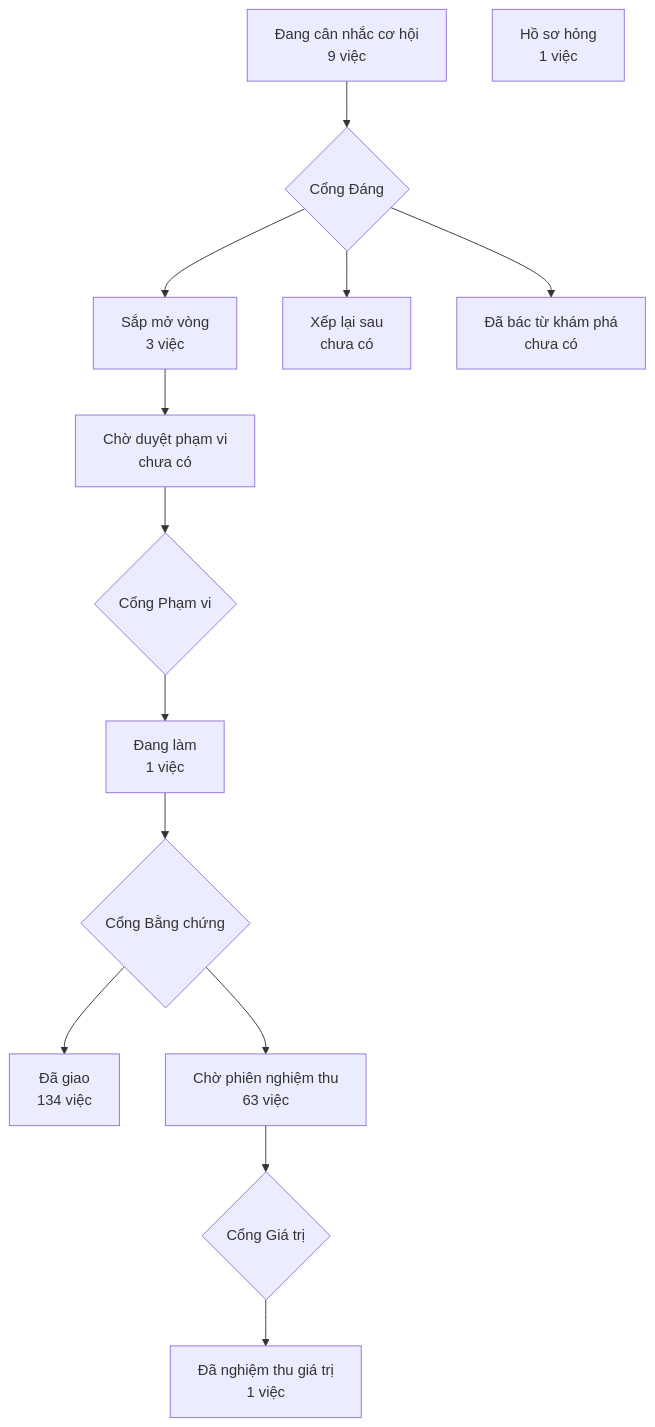
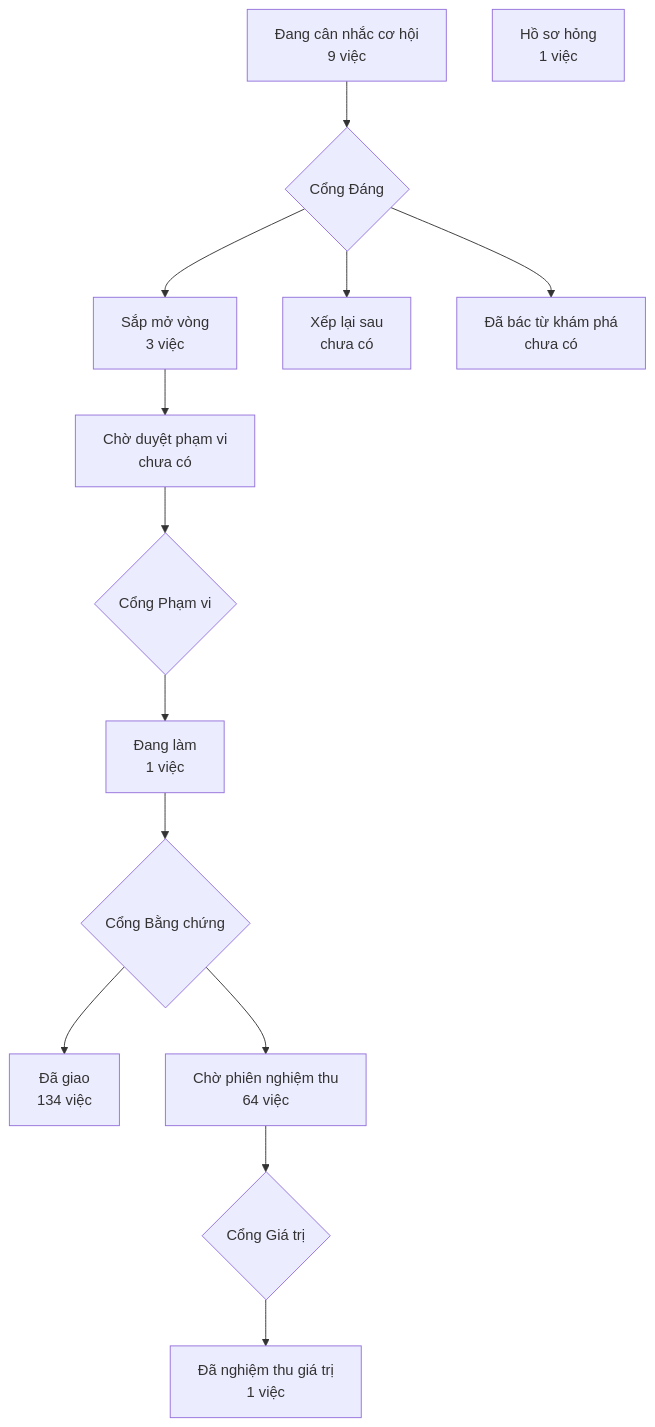
The diagram in PRODUCT-MAP.md (phanlemanh/crm-onehub), drawn with Mermaid before and after one commit. The commit also changed 1 other file, not shown here.

Commit message:
chore: vẽ lại bản đồ sản phẩm từ bản sạch sau gộp onehub 8439acad

````diff
--- a/PRODUCT-MAP.md
+++ b/PRODUCT-MAP.md
@@ -7,13 +7,13 @@
 ```mermaid
 flowchart TD
   A["Đang cân nhắc cơ hội<br/>9 việc"] --> GD{"Cổng Đáng"}
   GD --> B["Sắp mở vòng<br/>3 việc"]
   GD --> XL["Xếp lại sau<br/>chưa có"]
   GD --> DB["Đã bác từ khám phá<br/>chưa có"]
   B --> CD["Chờ duyệt phạm vi<br/>chưa có"] --> GP{"Cổng Phạm vi"}
   GP --> DL["Đang làm<br/>1 việc"] --> GB{"Cổng Bằng chứng"}
   GB --> DG["Đã giao<br/>134 việc"]
-  GB --> CN["Chờ phiên nghiệm thu<br/>63 việc"] --> GG{"Cổng Giá trị"}
+  GB --> CN["Chờ phiên nghiệm thu<br/>64 việc"] --> GG{"Cổng Giá trị"}
   GG --> NT["Đã nghiệm thu giá trị<br/>1 việc"]
   HS["Hồ sơ hỏng<br/>1 việc"]
 ```
````
